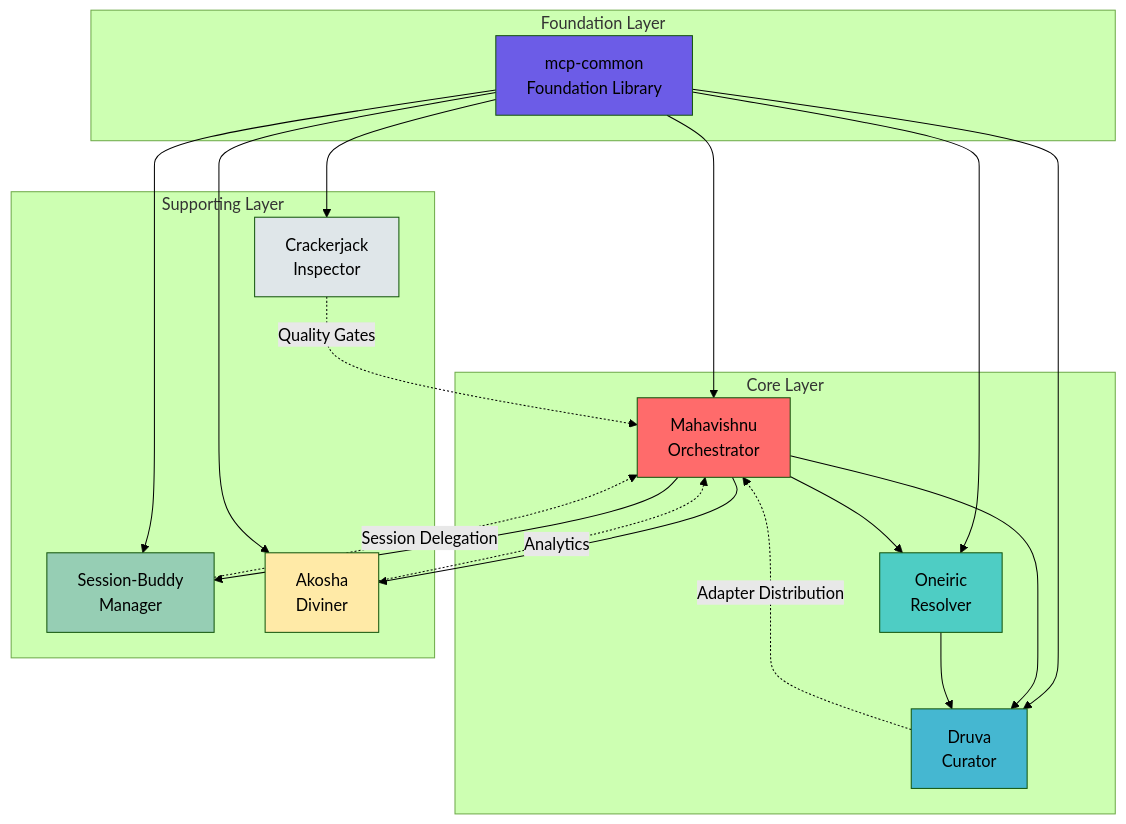
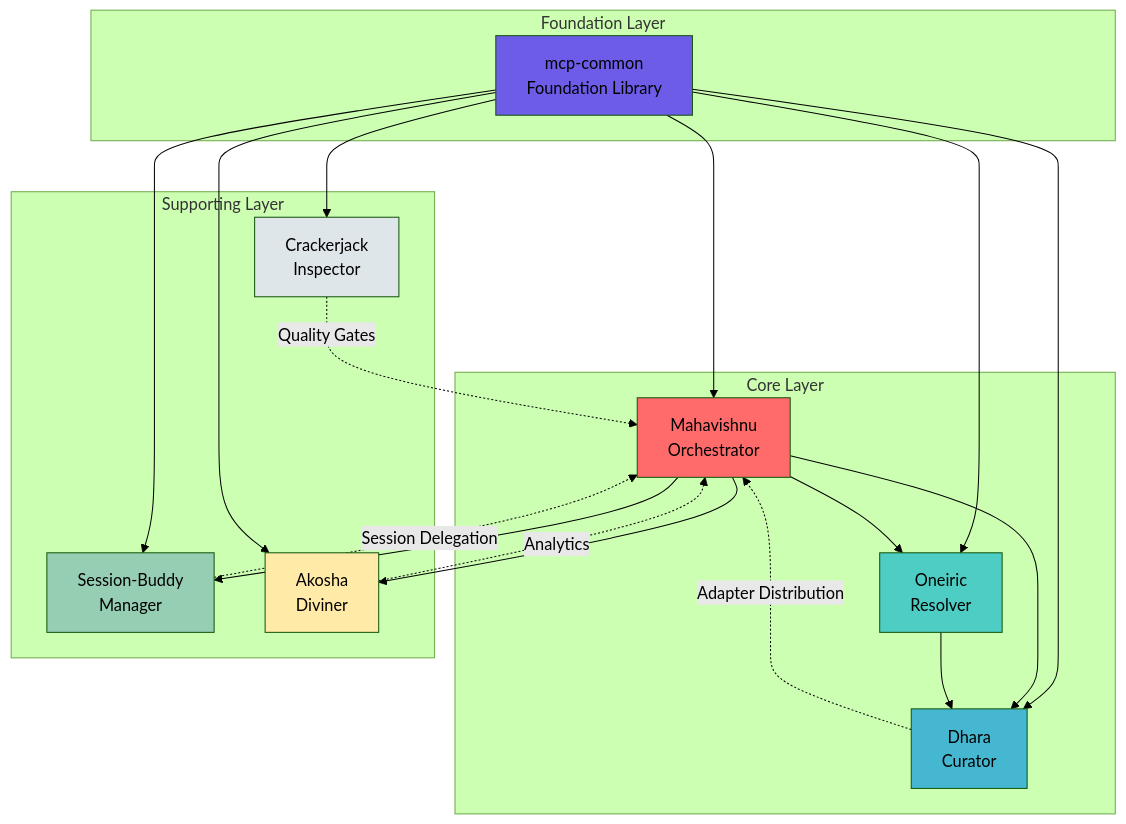
One commit to lesleslie/mahavishnu changed the first of 2 diagrams in docs/archive/ecosystem/ECOSYSTEM_README.md. Above: the diagram before and after it, drawn with Mermaid (forest theme). The commit also changed other lines of this file and 182 other files, not shown here.

````diff
--- a/docs/archive/ecosystem/ECOSYSTEM_README.md
+++ b/docs/archive/ecosystem/ECOSYSTEM_README.md
@@ -385,45 +385,45 @@
 ```mermaid
 graph TB
     subgraph "Foundation Layer"
         MCP[mcp-common<br/>Foundation Library]
     end
 
     subgraph "Core Layer"
         MHV[Mahavishnu<br/>Orchestrator]
         ONE[Oneiric<br/>Resolver]
-        DH[Druva<br/>Curator]
+        DH[Dhara<br/>Curator]
     end
 
     subgraph "Supporting Layer"
         SB[Session-Buddy<br/>Manager]
         AK[Akosha<br/>Diviner]
         CJ[Crackerjack<br/>Inspector]
     end
 
     MCP --> MHV
     MCP --> SB
     MCP --> DH
     MCP --> AK
     MCP --> CJ
     MCP --> ONE
 
     MHV --> ONE
     MHV --> DH
     MHV --> SB
     MHV --> AK
 
     ONE --> DH
 
     DH -.Adapter Distribution.-> MHV
     SB -.Session Delegation.-> MHV
     AK -.Analytics.-> MHV
     CJ -.Quality Gates.-> MHV
 
     style MHV fill:#ff6b6b
     style ONE fill:#4ecdc4
     style DH fill:#45b7d1
     style SB fill:#96ceb4
     style AK fill:#ffeaa7
     style CJ fill:#dfe6e9
     style MCP fill:#6c5ce7
 ```
````
